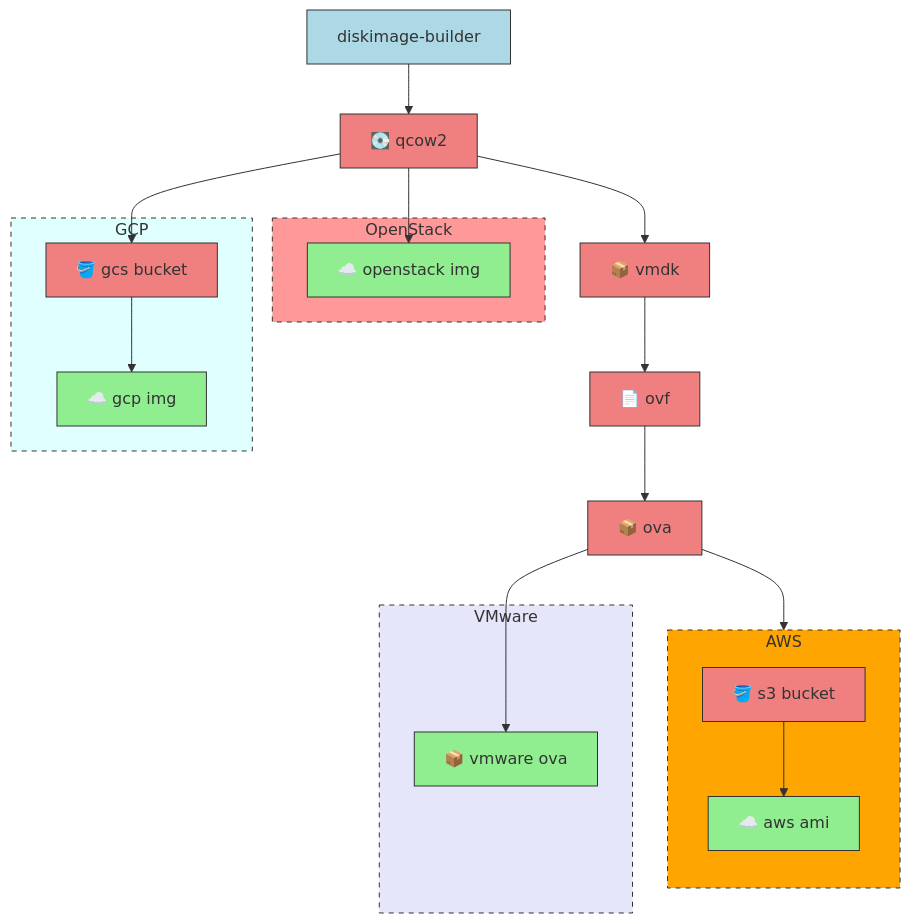
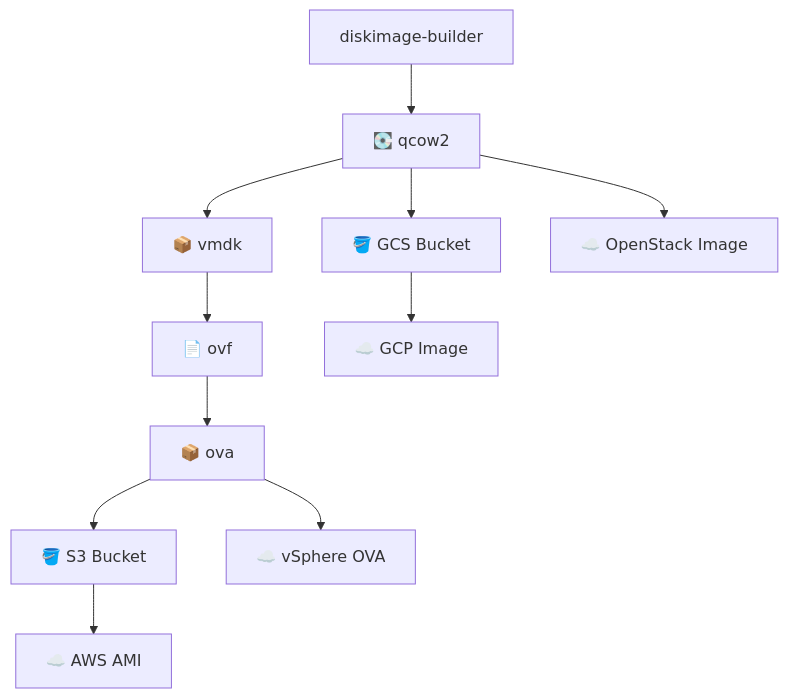
One commit to jjbailey/dib7 changed the diagram in doc/workflow.md. Above: the diagram before and after it, drawn with Mermaid. The commit also changed 2 other files, not shown here.

Commit message:
v0.1.2 (#7)
* try fixing mermaid for github

* bug: adds swap to wrong /etc/fstab

* improve vault helper scripts

* make workflow docs easier to read

* markdownlint

````diff
--- a/doc/workflow.md
+++ b/doc/workflow.md
@@ -4,64 +4,13 @@
 ```mermaid
 flowchart TB
-
-    %% Core component
-    DIB["diskimage-builder"]
-    QCOW2["💽 qcow2"]
-
-    DIB --> QCOW2
-
-    %% Intermediate formats (generic)
-    VMDK["📦 vmdk"]
-    OVF["📄 ovf"]
-    OVA["📦 ova"]
-
-    QCOW2 --> VMDK
-    VMDK --> OVF
-    OVF --> OVA
-
-    %% OpenStack (red log)
-    subgraph OpenStack["OpenStack"]
-        style OpenStack fill:#ff9999,stroke:#333,stroke-width:1px,stroke-dasharray: 5
-        OS_IMG["☁️ openstack img"]
-    end
-    QCOW2 --> OS_IMG
-
-    %% GCP (light cyan)
-    subgraph GCP["GCP"]
-        style GCP fill:#e0ffff,stroke:#333,stroke-width:1px,stroke-dasharray: 5
-        GCS["🪣 gcs bucket"]
-        GCP_IMG["☁️ gcp img"]
-        GCS --> GCP_IMG
-    end
-    QCOW2 --> GCS
-
-    %% AWS (orange)
-    subgraph AWS["AWS"]
-        direction TB
-        style AWS fill:#ffa500,stroke:#333,stroke-width:1px,stroke-dasharray: 5
-        S3["🪣 s3 bucket"]
-        AWS_IMG["☁️ aws ami"]
-        S3 --> AWS_IMG
-    end
-
-    OVA --> S3
-
-    %% VMware (lavender)
-    subgraph VMware["VMware"]
-        style VMware fill:#e6e6fa,stroke:#333,stroke-width:1px,stroke-dasharray: 5
-        VM_OVA["📦 vmware ova"]
-    end
-    OVA --> VM_OVA
-
-    %% === Color classes for nodes ===
-    classDef core fill:#add8e6,stroke:#333,stroke-width:1px;        %% LightBlue
-    classDef intermediate fill:#f08080,stroke:#333,stroke-width:1px; %% LightCoral
-    classDef cloud fill:#90ee90,stroke:#333,stroke-width:1px;       %% fallback for cloud nodes
-
-    class DIB core;
-    class QCOW2 intermediate;
-    class VMDK,OVF,OVA intermediate;
-    class GCS,S3 intermediate;
-    class OS_IMG,GCP_IMG,AWS_IMG,VM_OVA cloud;
-
+    DIB["diskimage-builder"] --> QCOW2["💽 qcow2"]
+    QCOW2 --> VMDK["📦 vmdk"]
+    VMDK --> OVF["📄 ovf"]
+    OVF --> OVA["📦 ova"]
+    QCOW2 --> GCS["🪣 GCS Bucket"]
+    GCS --> GCP_IMG["☁️ GCP Image"]
+    QCOW2 --> OPENSTACK_IMG["☁️ OpenStack Image"]
+    OVA --> S3["🪣 S3 Bucket"]
+    S3 --> AWS_IMG["☁️ AWS AMI"]
+    OVA --> VSPHERE_IMG["☁️ vSphere OVA"]
 ```
````
